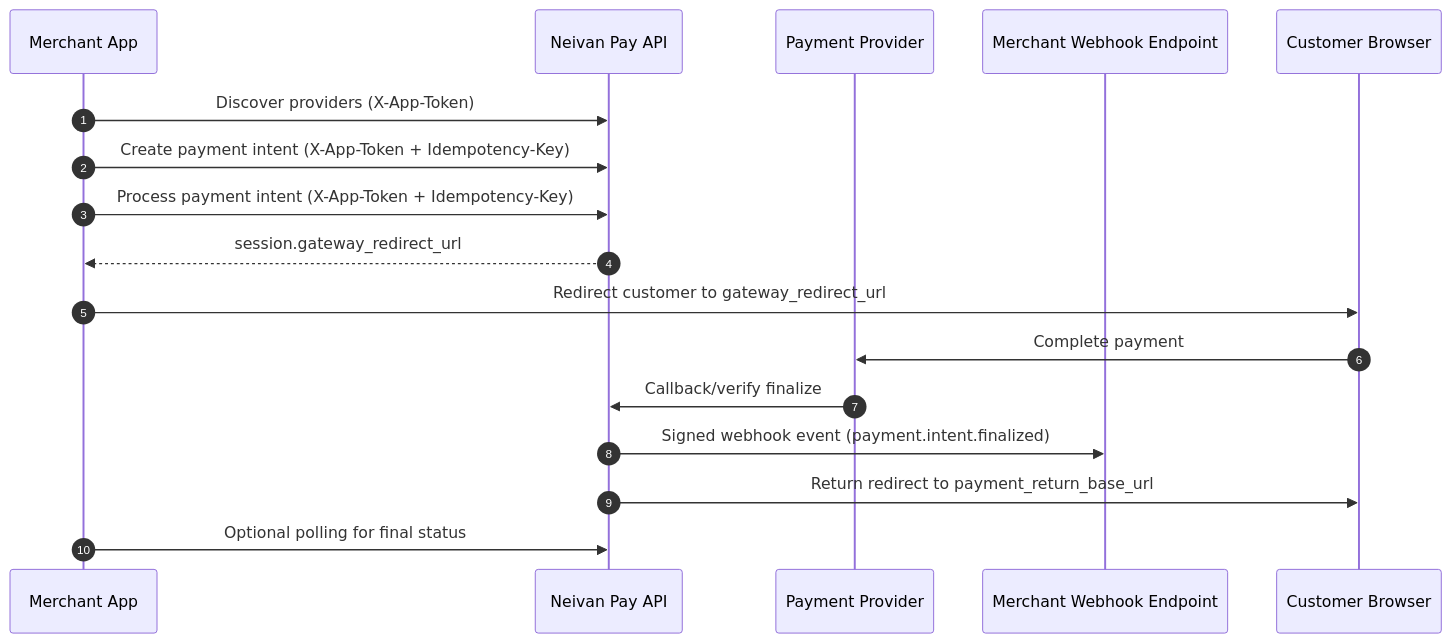
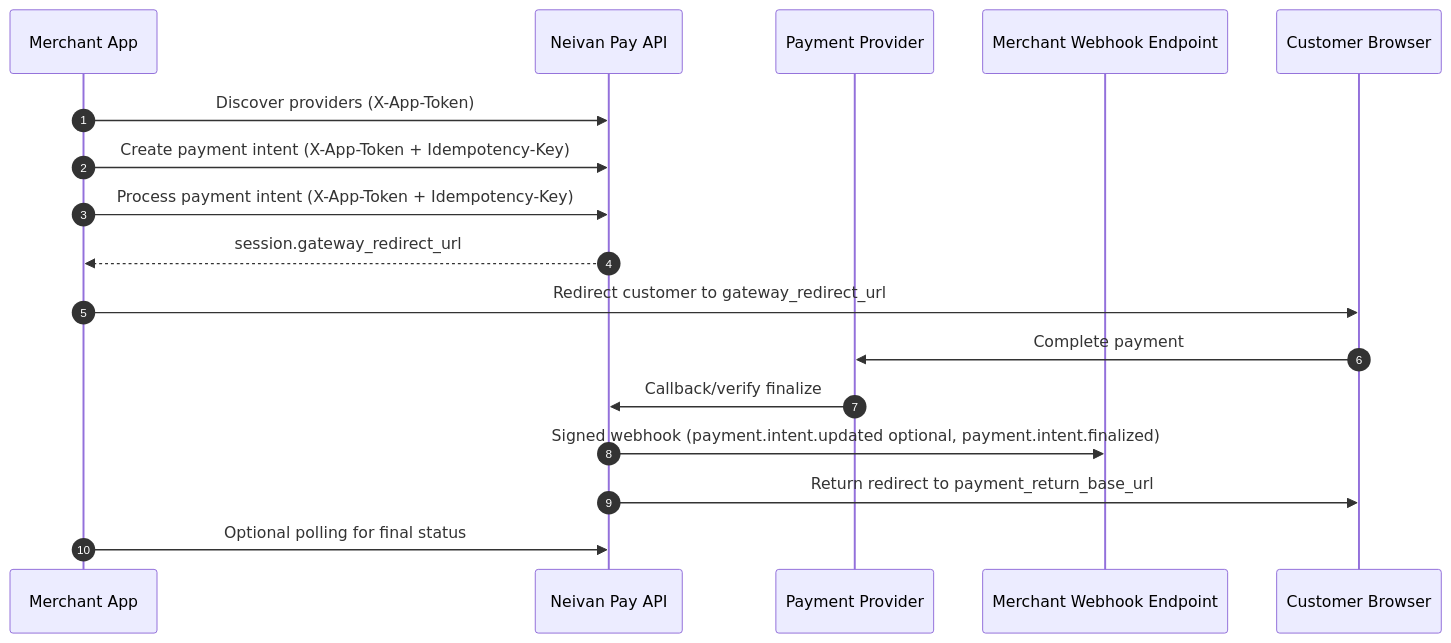
The diagram in merchant-integration-flow.md (hr-sargazi/temp-md-server), drawn with Mermaid before and after one commit. The commit also changed other lines of this file, not shown here.

````diff
--- a/merchant-integration-flow.md
+++ b/merchant-integration-flow.md
@@ -15,22 +15,22 @@
 ```mermaid
 sequenceDiagram
     autonumber
     participant App as Merchant App
     participant Pay as Neivan Pay API
     participant Provider as Payment Provider
     participant Webhook as Merchant Webhook Endpoint
     participant Browser as Customer Browser
 
     App->>Pay: Discover providers (X-App-Token)
     App->>Pay: Create payment intent (X-App-Token + Idempotency-Key)
     App->>Pay: Process payment intent (X-App-Token + Idempotency-Key)
     Pay-->>App: session.gateway_redirect_url
 
     App->>Browser: Redirect customer to gateway_redirect_url
     Browser->>Provider: Complete payment
     Provider->>Pay: Callback/verify finalize
-    Pay->>Webhook: Signed webhook event (payment.intent.finalized)
+    Pay->>Webhook: Signed webhook (payment.intent.updated optional, payment.intent.finalized)
     Pay->>Browser: Return redirect to payment_return_base_url
 
     App->>Pay: Optional polling for final status
 ```
````
